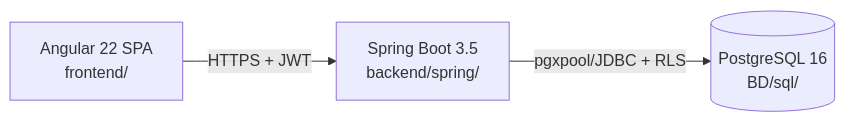
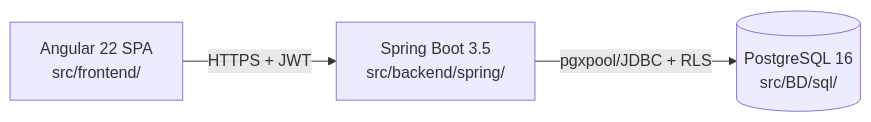
The diagram in examples/petshop/docs/architecture/overview.md (jceletherio/SandboxIA), drawn with Mermaid before and after one commit. The commit also changed other lines of this file and 84 other files, not shown here.

Commit message:
refactor: move codigo de aplicacao para src/ (frontend, backend, BD)

````diff
--- a/examples/petshop/docs/architecture/overview.md
+++ b/examples/petshop/docs/architecture/overview.md
@@ -14,5 +14,5 @@
 ```mermaid
 flowchart LR
-  UI[Angular 22 SPA<br/>frontend/] -->|HTTPS + JWT| API[Spring Boot 3.5<br/>backend/spring/]
-  API -->|pgxpool/JDBC + RLS| PG[(PostgreSQL 16<br/>BD/sql/)]
+  UI[Angular 22 SPA<br/>src/frontend/] -->|HTTPS + JWT| API[Spring Boot 3.5<br/>src/backend/spring/]
+  API -->|pgxpool/JDBC + RLS| PG[(PostgreSQL 16<br/>src/BD/sql/)]
 ```
````
